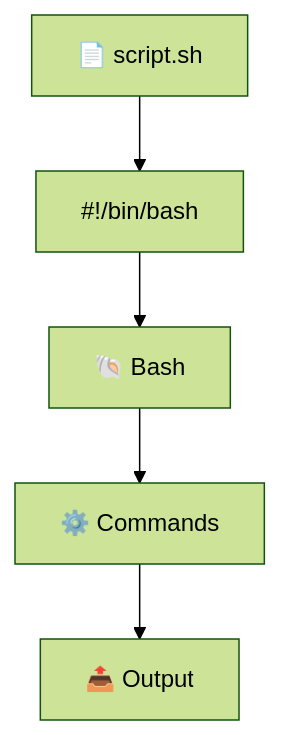
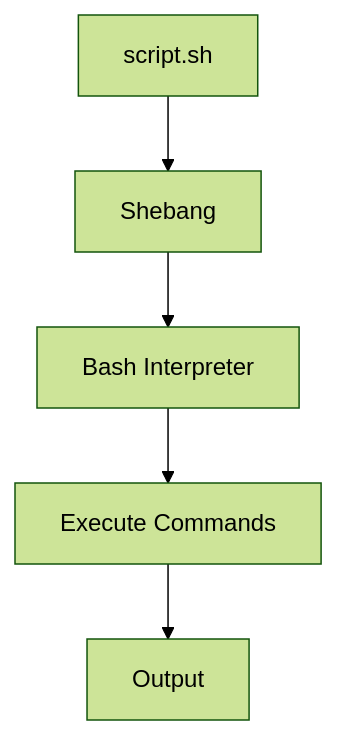
Diagram 16 of 31 in DevOps-Labs-and-Projects/ Day-01 to Day-06/README.md (Yuvii2102/My-Devops-Cloud-Journey), drawn with Mermaid (forest theme) before and after one commit. The commit also changed other lines of this file, not shown here.

````diff
--- a/DevOps-Labs-and-Projects/ Day-01 to Day-06/README.md
+++ b/DevOps-Labs-and-Projects/ Day-01 to Day-06/README.md
@@ -564,13 +422,7 @@
 ```mermaid
 flowchart TD
-    FILE["📄 script.sh"]
-    SHEBANG["#!/bin/bash"]
-    SHELL["🐚 Bash"]
-    COMMANDS["⚙️ Commands"]
-    OUTPUT["📤 Output"]
-
-    FILE --> SHEBANG
-    SHEBANG --> SHELL
-    SHELL --> COMMANDS
-    COMMANDS --> OUTPUT
+    A["script.sh"] --> B["Shebang"]
+    B --> C["Bash Interpreter"]
+    C --> D["Execute Commands"]
+    D --> E["Output"]
 ```
````
